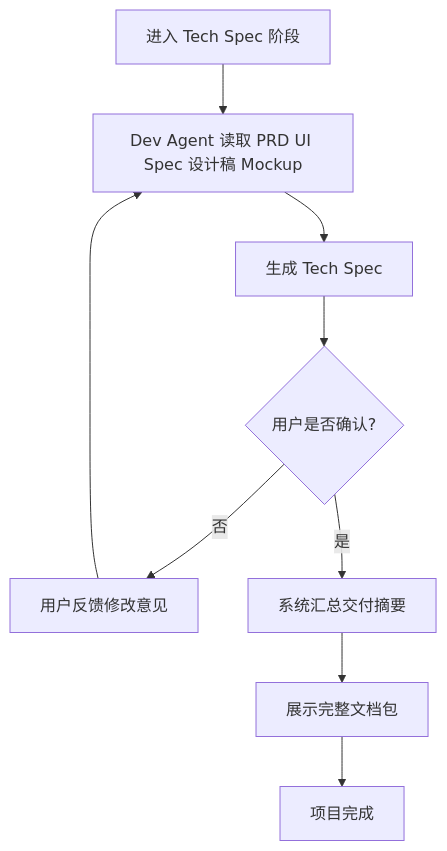
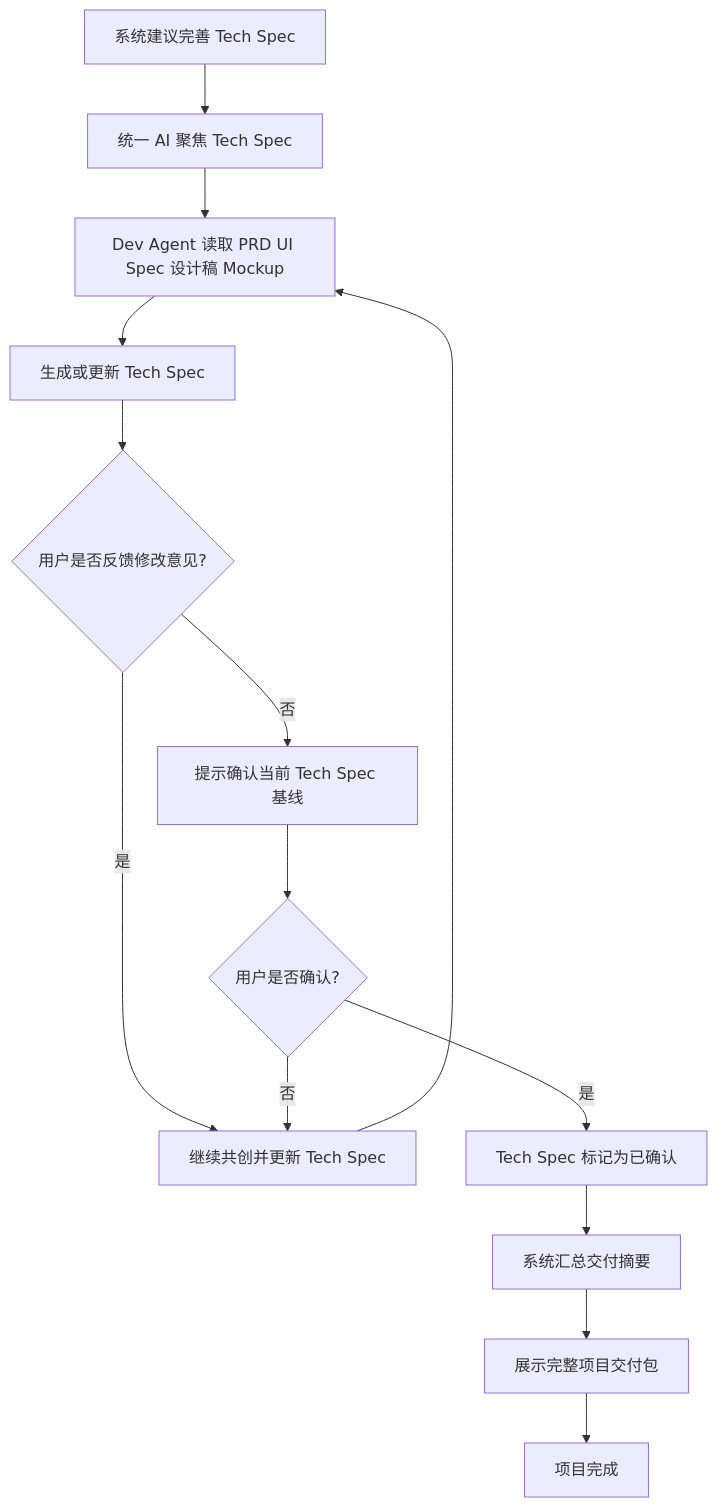
Before and after one commit to Jacobgxd/57Block_MVP_Builder: the seventh of 9 diagrams in .blueprint/PRD_V1.md, drawn with Mermaid. The commit also changed other lines of this file and 11 other files, not shown here.

````diff
--- a/.blueprint/PRD_V1.md
+++ b/.blueprint/PRD_V1.md
@@ -773,11 +834,16 @@
 ```mermaid
 flowchart TD
-    A[进入 Tech Spec 阶段] --> B[Dev Agent 读取 PRD UI Spec 设计稿 Mockup]
-    B --> C[生成 Tech Spec]
-    C --> D{用户是否确认?}
-    D -->|否| E[用户反馈修改意见]
-    E --> B
-    D -->|是| F[系统汇总交付摘要]
-    F --> G[展示完整文档包]
-    G --> H[项目完成]
+    A[系统建议完善 Tech Spec] --> B[统一 AI 聚焦 Tech Spec]
+    B --> C[Dev Agent 读取 PRD UI Spec 设计稿 Mockup]
+    C --> D[生成或更新 Tech Spec]
+    D --> E{用户是否反馈修改意见?}
+    E -->|是| F[继续共创并更新 Tech Spec]
+    F --> C
+    E -->|否| G[提示确认当前 Tech Spec 基线]
+    G --> H{用户是否确认?}
+    H -->|否| F
+    H -->|是| I[Tech Spec 标记为已确认]
+    I --> J[系统汇总交付摘要]
+    J --> K[展示完整项目交付包]
+    K --> L[项目完成]
 ```
````
